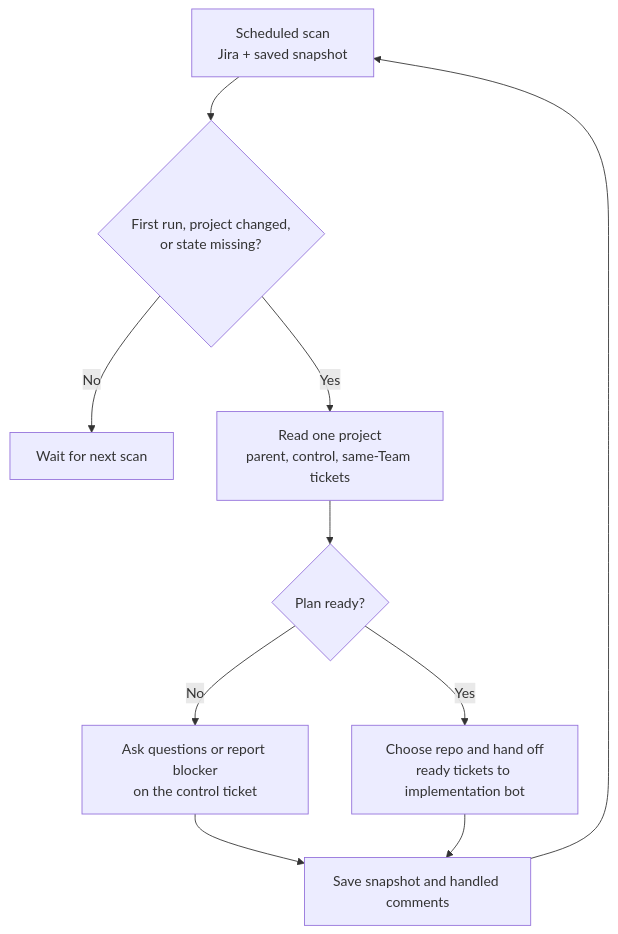
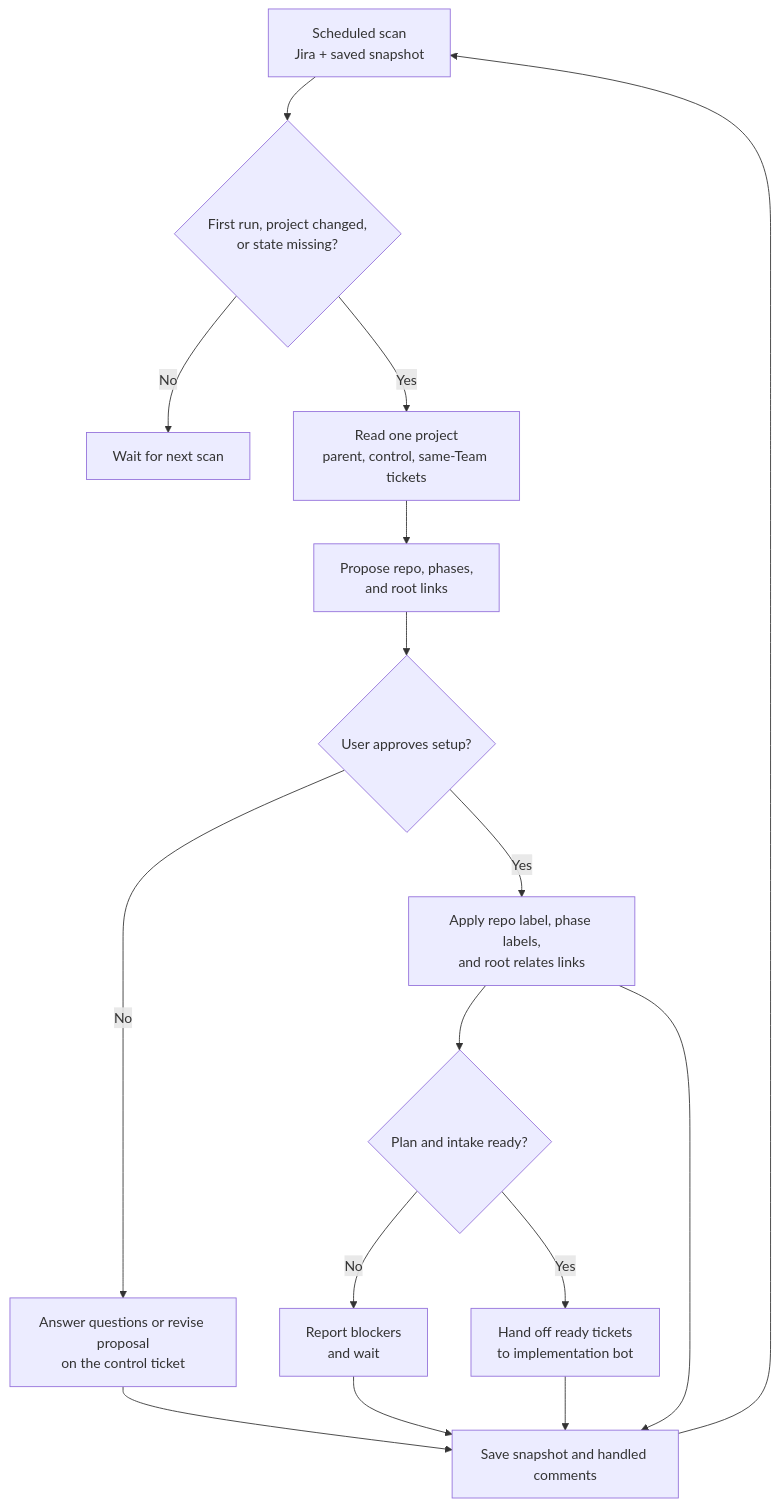
The diagram in README.md (RedHatInsights/fabric-access-ai-dev), drawn with Mermaid before and after one commit. The commit also changed other lines of this file and 5 other files, not shown here.

````diff
--- a/README.md
+++ b/README.md
@@ -167,12 +169,18 @@
 ```mermaid
 flowchart TD
     S["Scheduled scan<br/>Jira + saved snapshot"] --> C{"First run, project changed,<br/>or state missing?"}
     C -->|No| W["Wait for next scan"]
     C -->|Yes| R["Read one project<br/>parent, control, same-Team tickets"]
-    R --> G{"Plan ready?"}
-    G -->|No| Q["Ask questions or report blocker<br/>on the control ticket"]
-    G -->|Yes| H["Choose repo and hand off<br/>ready tickets to implementation bot"]
+    R --> P["Propose repo, phases,<br/>and root links"]
+    P --> A{"User approves setup?"}
+    A -->|No| Q["Answer questions or revise proposal<br/>on the control ticket"]
+    A -->|Yes| X["Apply repo label, phase labels,<br/>and root relates links"]
+    X --> G{"Plan and intake ready?"}
+    G -->|No| B["Report blockers<br/>and wait"]
+    G -->|Yes| H["Hand off ready tickets<br/>to implementation bot"]
     Q --> U["Save snapshot and handled comments"]
+    B --> U
+    X --> U
     H --> U
     U --> S
 ```
````
